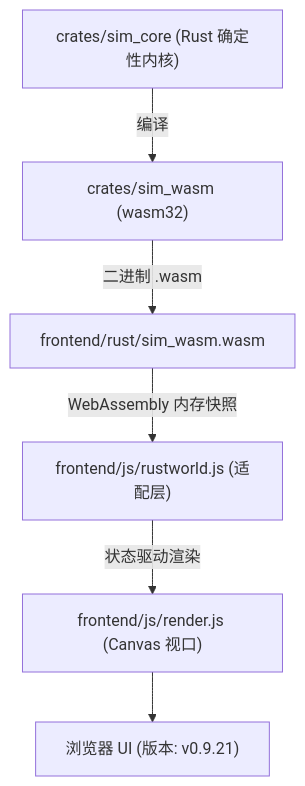
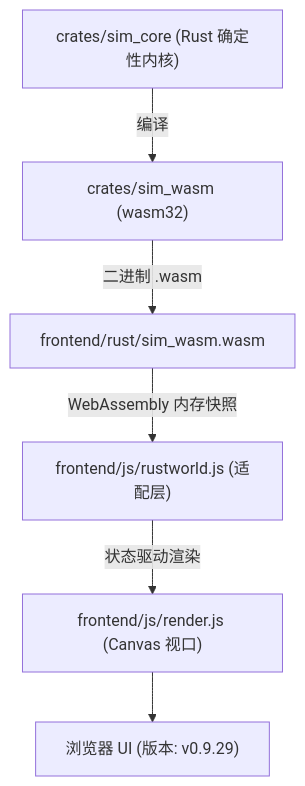
Before and after one commit to g39088902/FlowAndAccord: the diagram in AGENTS.md, drawn with Mermaid. The commit also changed other lines of this file and 14 other files, not shown here.

````diff
--- a/AGENTS.md
+++ b/AGENTS.md
@@ -28,8 +28,8 @@
 ```mermaid
 graph TD
     A["crates/sim_core (Rust 确定性内核)"] -->|编译| B["crates/sim_wasm (wasm32)"]
     B -->|二进制 .wasm| C["frontend/rust/sim_wasm.wasm"]
     C -->|WebAssembly 内存快照| D["frontend/js/rustworld.js (适配层)"]
     D -->|状态驱动渲染| E["frontend/js/render.js (Canvas 视口)"]
-    E --> F["浏览器 UI (版本: v0.9.21)"]
+    E --> F["浏览器 UI (版本: v0.9.29)"]
 ```
````
